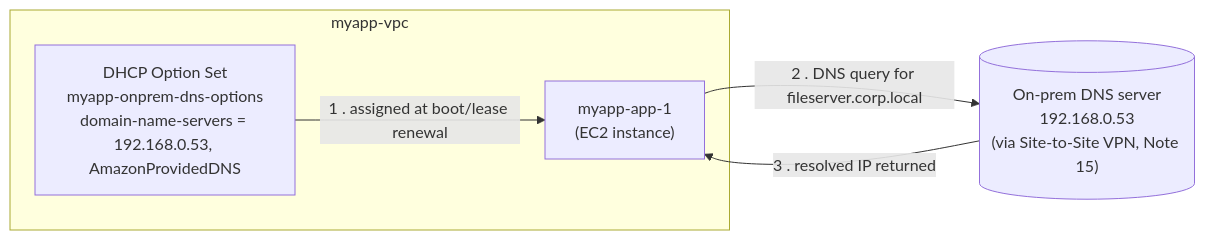
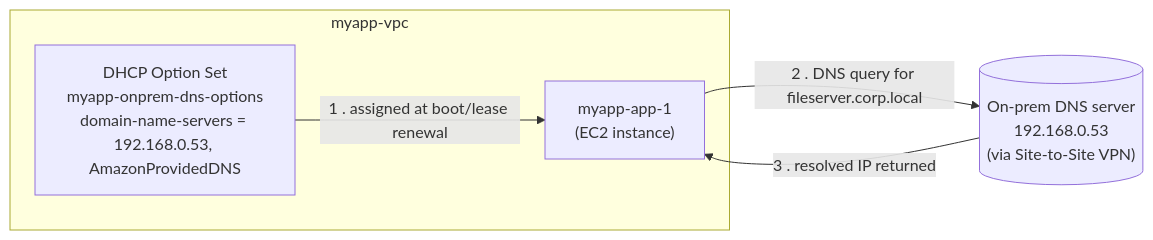
Before and after one commit to msdeepak052/AWS_Imp_Concepts: the diagram in VPC/19-DHCP-Option-Sets.md, drawn with Mermaid. The commit also changed other lines of this file and 66 other files, not shown here.

````diff
--- a/VPC/19-DHCP-Option-Sets.md
+++ b/VPC/19-DHCP-Option-Sets.md
@@ -86,12 +86,12 @@
 ```mermaid
 flowchart LR
     subgraph VPC["myapp-vpc"]
         DOPT["DHCP Option Set<br/>myapp-onprem-dns-options<br/>domain-name-servers = 192.168.0.53, AmazonProvidedDNS"]
         EC2["myapp-app-1<br/>(EC2 instance)"]
     end
-    ONPREM[("On-prem DNS server<br/>192.168.0.53<br/>(via Site-to-Site VPN, Note 15)")]
+    ONPREM[("On-prem DNS server<br/>192.168.0.53<br/>(via Site-to-Site VPN)")]
 
     DOPT -->|1 . assigned at boot/lease renewal| EC2
     EC2 -->|2 . DNS query for fileserver.corp.local| ONPREM
     ONPREM -->|3 . resolved IP returned| EC2
 ```
````
